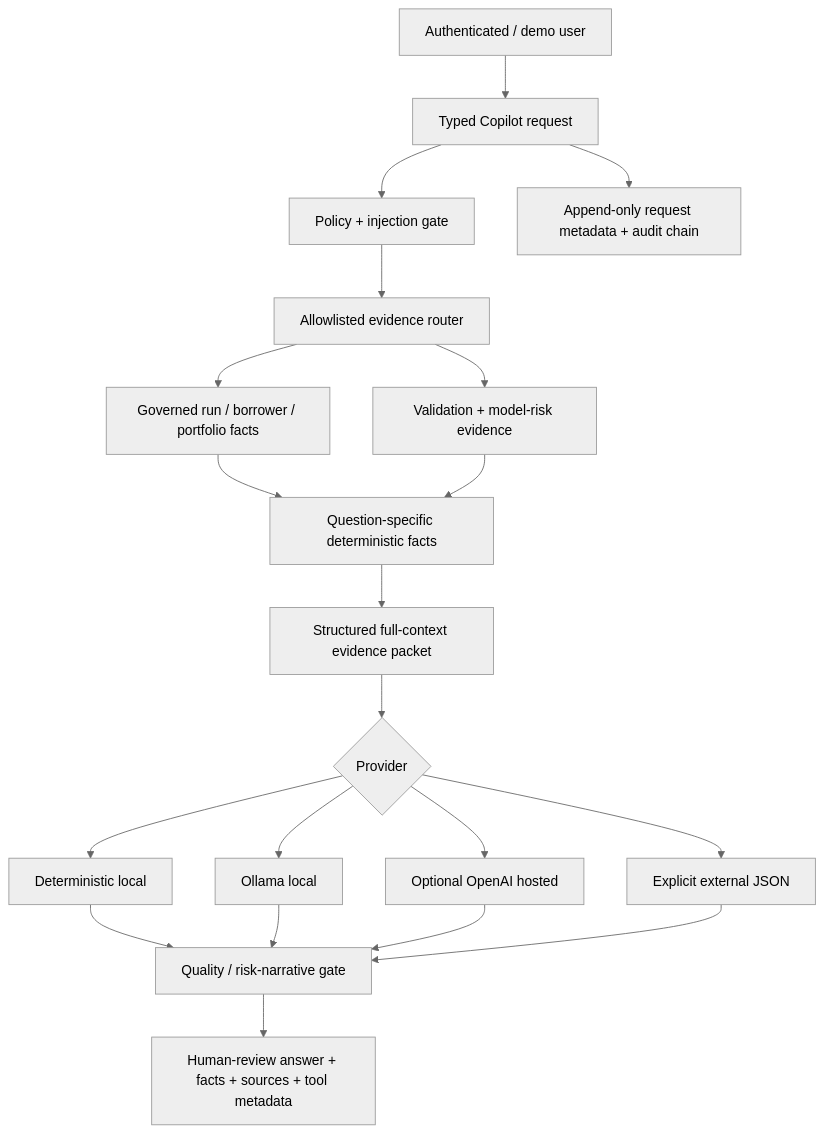
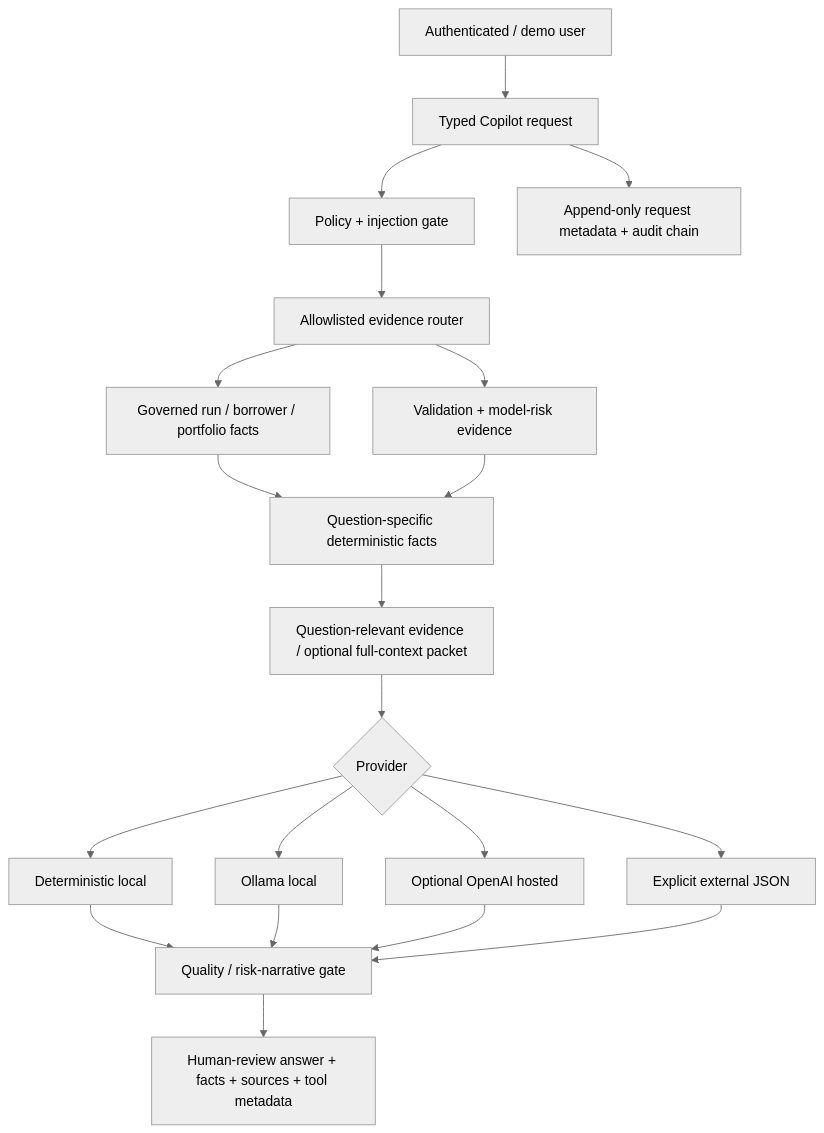
The diagram in GENAI_ARCHITECTURE.md (adel3amr/Credit-Risk-Analytics), drawn with Mermaid (neutral theme) before and after one commit. The commit also changed other lines of this file and 10 other files, not shown here.

````diff
--- a/GENAI_ARCHITECTURE.md
+++ b/GENAI_ARCHITECTURE.md
@@ -5,22 +5,22 @@
 ```mermaid
 flowchart TD
  U[Authenticated / demo user] --> A[Typed Copilot request]
  A --> P[Policy + injection gate]
  P --> T[Allowlisted evidence router]
  T --> D[Governed run / borrower / portfolio facts]
  T --> V[Validation + model-risk evidence]
  D --> F[Question-specific deterministic facts]
  V --> F
- F --> C[Structured full-context evidence packet]
+ F --> C[Question-relevant evidence / optional full-context packet]
  C --> R{Provider}
  R --> L[Deterministic local]
  R --> O[Ollama local]
  R --> H[Optional OpenAI hosted]
  R --> X[Explicit external JSON]
  L --> Q[Quality / risk-narrative gate]
  O --> Q
  H --> Q
  X --> Q
  Q --> Z[Human-review answer + facts + sources + tool metadata]
  A --> G[Append-only request metadata + audit chain]
 ```
````
